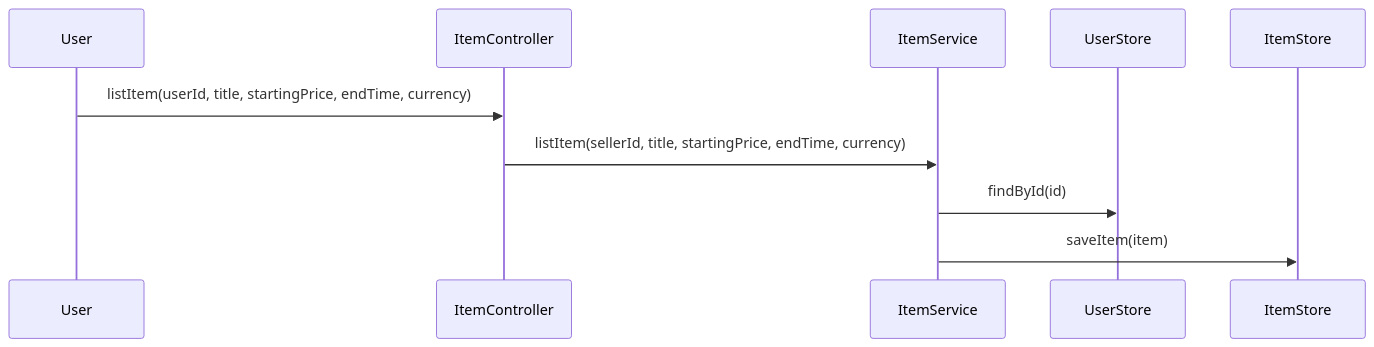
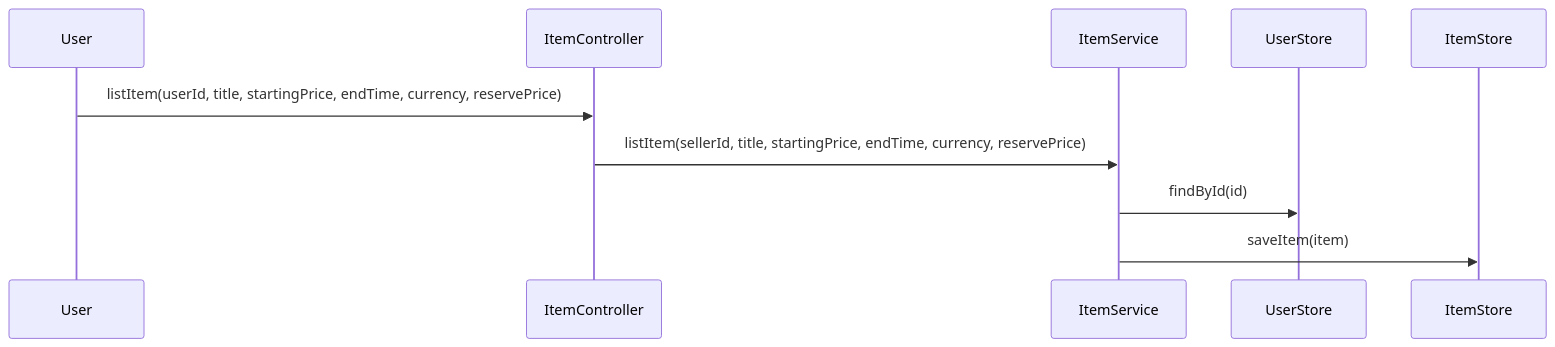
The fourth of 9 diagrams in showcases/auction/docs/design.md (Benjam1nP/AISE), drawn with Mermaid before and after one commit. The commit also changed other lines of this file and 84 other files, not shown here.

First line of the commit message:
Showcase auction: P6 deployment, P7 reserve price ticket, documented limits (#5) (#20)

````diff
--- a/showcases/auction/docs/design.md
+++ b/showcases/auction/docs/design.md
@@ -222,12 +242,12 @@
 ```mermaid
 sequenceDiagram
   participant ACT_001 as User
   participant DSN_019 as ItemController
   participant DSN_022 as ItemService
   participant DSN_028 as UserStore
   participant DSN_029 as ItemStore
-  ACT_001->>DSN_019: listItem(userId, title, startingPrice, endTime, currency)
-  DSN_019->>DSN_022: listItem(sellerId, title, startingPrice, endTime, currency)
+  ACT_001->>DSN_019: listItem(userId, title, startingPrice, endTime, currency, reservePrice)
+  DSN_019->>DSN_022: listItem(sellerId, title, startingPrice, endTime, currency, reservePrice)
   DSN_022->>DSN_028: findById(id)
   DSN_022->>DSN_029: saveItem(item)
 ```
````
